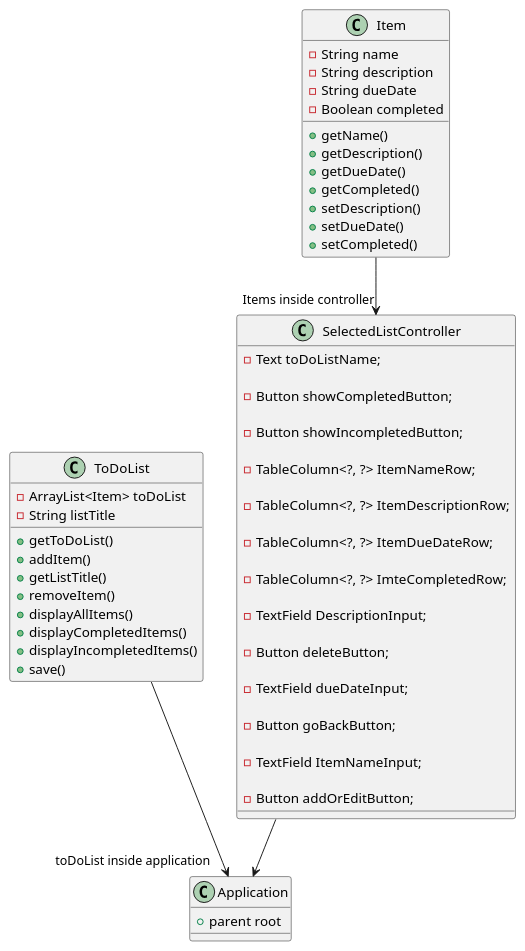
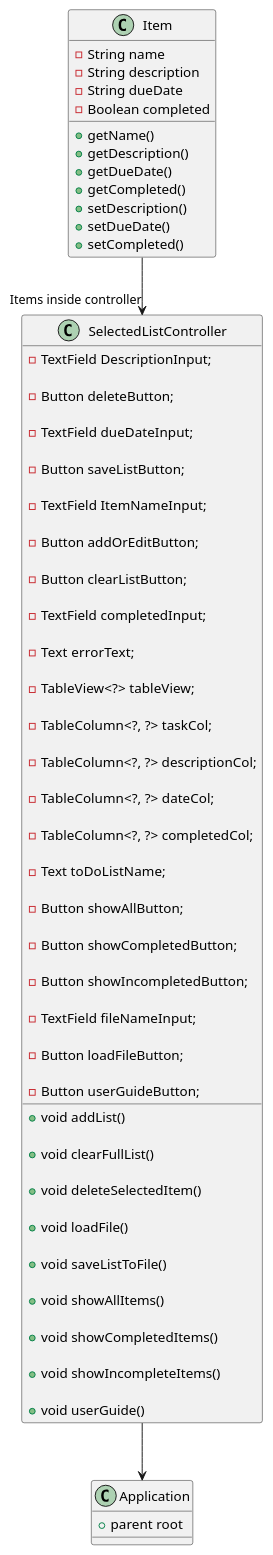
One commit to dfig7/figueroa-app1-impl changed the diagram in ToDoListApplication/docs/toDoListUML.puml. Above: the diagram before and after it, drawn with PlantUML. The commit also changed 3 other files, not shown here.

Commit message:
updated UML

```diff
--- a/ToDoListApplication/docs/toDoListUML.puml
+++ b/ToDoListApplication/docs/toDoListUML.puml
@@ -1,79 +1,100 @@
 @startuml
 'https://plantuml.com/sequence-diagram
 
 class Application{
 +parent root
 
 }
 
 class Item{
     -String name
     -String description
     -String dueDate
     -Boolean completed
 
     +getName()
     +getDescription()
     +getDueDate()
     +getCompleted()
     +setDescription()
     +setDueDate()
     +setCompleted()
 
 }
 
-class ToDoList{
-
-    -ArrayList<Item> toDoList
-    -String listTitle
-
-    +getToDoList()
-    +addItem()
-    +getListTitle()
-    +removeItem()
-    +displayAllItems()
-    +displayCompletedItems()
-    +displayIncompletedItems()
-    +save()
-
-}
 
 
 
 class SelectedListController{
 
-    -Text toDoListName;
+     -TextField DescriptionInput;
 
-    - Button showCompletedButton;
+     -Button deleteButton;
 
-    - Button showIncompletedButton;
+     -TextField dueDateInput;
 
-    - TableColumn<?, ?> ItemNameRow;
+     -Button saveListButton;
 
-    -TableColumn<?, ?> ItemDescriptionRow;
+     -TextField ItemNameInput;
 
-    -TableColumn<?, ?> ItemDueDateRow;
+     -Button addOrEditButton;
 
-    - TableColumn<?, ?> ImteCompletedRow;
+     -Button clearListButton;
 
-    -TextField DescriptionInput;
+     -TextField completedInput;
 
-    -Button deleteButton;
+     -Text errorText;
 
-    -TextField dueDateInput;
+     -TableView<?> tableView;
 
-   - Button goBackButton;
+     -TableColumn<?, ?> taskCol;
 
-    - TextField ItemNameInput;
+     -TableColumn<?, ?> descriptionCol;
 
-    -Button addOrEditButton;
+     -TableColumn<?, ?> dateCol;
 
-}
+     -TableColumn<?, ?> completedCol;
+
+     -Text toDoListName;
+
+     -Button showAllButton;
+
+     -Button showCompletedButton;
+
+     -Button showIncompletedButton;
+
+     -TextField fileNameInput;
+
+     -Button loadFileButton;
+
+     -Button userGuideButton;
+
+     +void addList()
+
+     +void clearFullList()
+
+     +void deleteSelectedItem()
+
+     +void loadFile()
+
+     +void saveListToFile()
+
+     +void showAllItems()
+
+     +void showCompletedItems()
+
+     +void showIncompleteItems()
+
+     +void userGuide()
+
+ }
+
+
 
 Item -->"Items inside controller" SelectedListController
-ToDoList -->"toDoList inside application" Application
+
 
 SelectedListController --> Application
 
 
 @enduml
```
